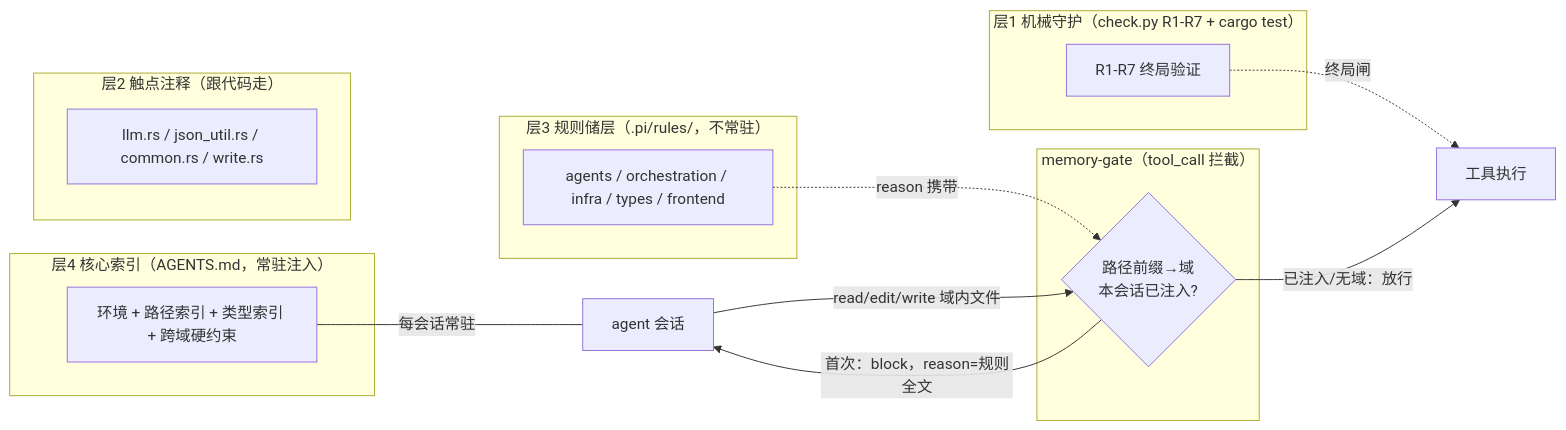
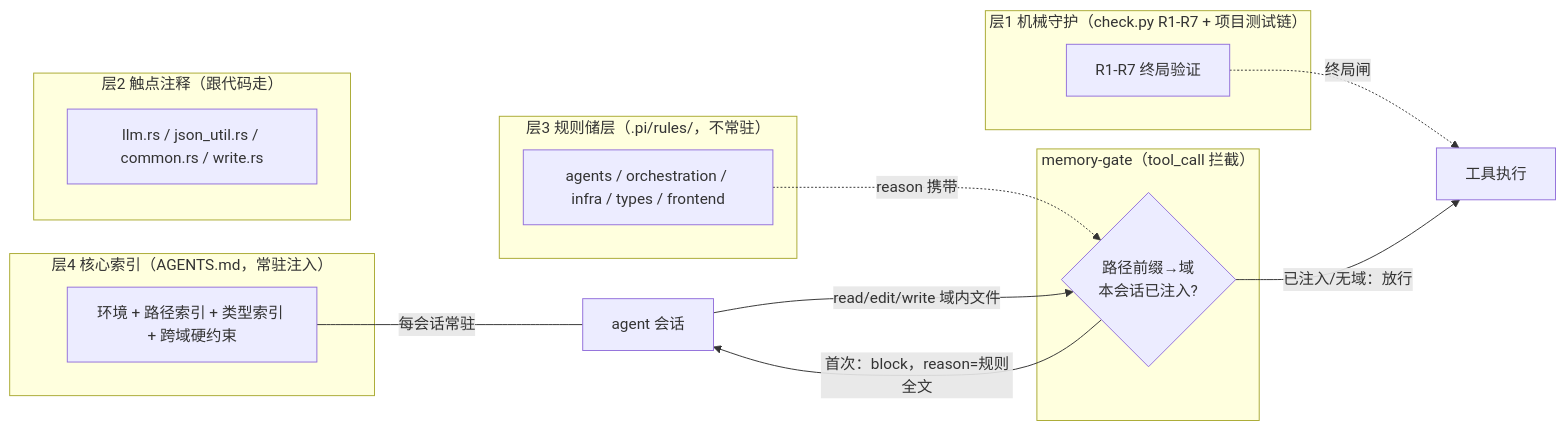
Before and after one commit to wenge6090-tech/bcp-kit: the third of 4 diagrams in BCP.md, drawn with Mermaid. The commit also changed other lines of this file and 2 other files, not shown here.

````diff
--- a/BCP.md
+++ b/BCP.md
@@ -206,24 +208,24 @@
 ```mermaid
 flowchart LR
     subgraph L4["层4 核心索引（AGENTS.md，常驻注入）"]
         IDX["环境 + 路径索引 + 类型索引 + 跨域硬约束"]
     end
     subgraph L3["层3 规则储层（.pi/rules/，不常驻）"]
         RF["agents / orchestration / infra / types / frontend"]
     end
     subgraph GATE["memory-gate（tool_call 拦截）"]
         D{"路径前缀→域\n本会话已注入?"}
     end
     subgraph L2["层2 触点注释（跟代码走）"]
         TP["llm.rs / json_util.rs / common.rs / write.rs"]
     end
-    subgraph L1["层1 机械守护（check.py R1-R7 + cargo test）"]
+    subgraph L1["层1 机械守护（check.py R1-R7 + 项目测试链）"]
         MECH["R1-R7 终局验证"]
     end
     A["agent 会话"] -->|"read/edit/write 域内文件"| D
     D -->|"首次：block，reason=规则全文"| A
     D -->|"已注入/无域：放行"| E["工具执行"]
     IDX ---|"每会话常驻"| A
     RF -.->|"reason 携带"| D
     MECH -.->|"终局闸"| E
 ```
````
